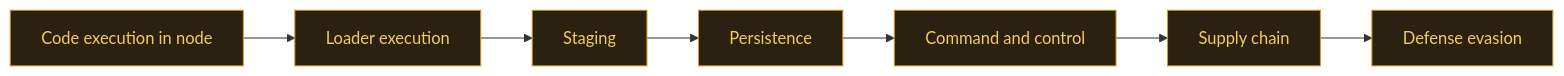
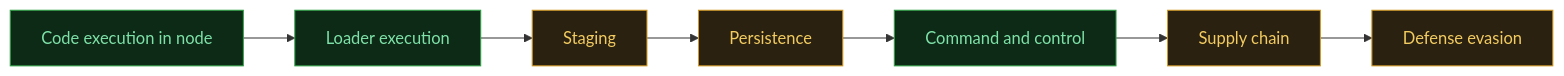
Before and after one commit to azdabat/MTDF-Novel-Threats: the diagram in threats/nodejs-runtime-abuse/README.md, drawn with Mermaid. The commit also changed other lines of this file and 3 other files, not shown here.

````diff
--- a/threats/nodejs-runtime-abuse/README.md
+++ b/threats/nodejs-runtime-abuse/README.md
@@ -17,22 +17,22 @@
 ```mermaid
 flowchart LR
-    S0["Code execution in node"]:::wait
-    S1["Loader execution"]:::wait
+    S0["Code execution in node"]:::ok
+    S1["Loader execution"]:::ok
     S2["Staging"]:::wait
     S3["Persistence"]:::wait
-    S4["Command and control"]:::wait
-    S5["Supply chain"]:::wait
+    S4["Command and control"]:::ok
+    S5["Supply chain"]:::part
     S6["Defense evasion"]:::wait
     S0 --> S1
     S1 --> S2
     S2 --> S3
     S3 --> S4
     S4 --> S5
     S5 --> S6
     classDef ok fill:#0d2a17,stroke:#2ea043,color:#7ee2a8
     classDef part fill:#2b2111,stroke:#d29922,color:#f2cc60
     classDef wait fill:#2b2111,stroke:#d29922,color:#f2cc60
     classDef bad fill:#2d1214,stroke:#f85149,color:#ffa198
     classDef edge fill:#1c2128,stroke:#8b949e,color:#c9d1d9
     classDef todo fill:#1c2128,stroke:#8b949e,color:#8b949e,stroke-dasharray: 4 3
 ```
````
